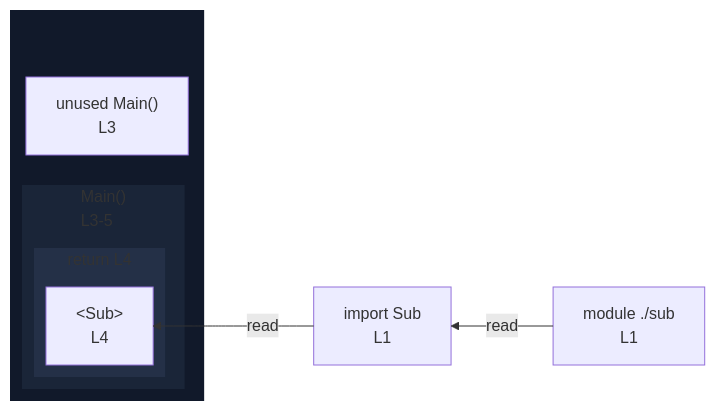
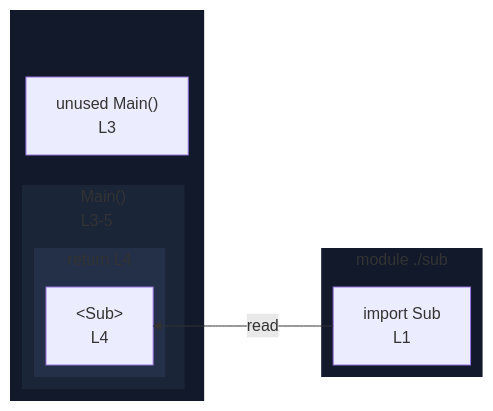
Before and after one commit to crescware/unsnarl: the diagram in integration/fixtures/jsx/component-export/preview.md, drawn with Mermaid. The commit also changed 153 other files, not shown here.

First line of the commit message:
Render import sources as module subgraphs instead of module nodes

````diff
--- a/integration/fixtures/jsx/component-export/preview.md
+++ b/integration/fixtures/jsx/component-export/preview.md
@@ -15,25 +15,27 @@
 ```mermaid
 %%{init: {"flowchart": {"defaultRenderer": "elk"}}}%%
 flowchart RL
-  n_scope_0_Sub_9["import Sub<br/>L1"]
   subgraph wrap_s_scope_1[" "]
     direction TB
     n_scope_0_Main_46["unused Main()<br/>L3"]
     subgraph s_scope_1["Main()<br/>L3-5"]
       direction RL
       subgraph s_return_scope_0_Main_46_57_79["return L4"]
         direction RL
         ret_use_ref_0["&lt;Sub&gt;<br/>L4"]
       end
     end
   end
+  subgraph sg___sub["module ./sub"]
+    direction RL
+    n_scope_0_Sub_9["import Sub<br/>L1"]
+  end
   n_scope_0_Sub_9 -->|read| ret_use_ref_0
-  mod___sub["module ./sub<br/>L1"]
-  mod___sub -->|read| n_scope_0_Sub_9
   classDef nestL1 fill:#11192a,stroke:transparent;
   class wrap_s_scope_1 nestL1;
+  class sg___sub nestL1;
   classDef nestL2 fill:#1a2538,stroke:transparent;
   class s_scope_1 nestL2;
   classDef nestL3 fill:#243047,stroke:transparent;
   class s_return_scope_0_Main_46_57_79 nestL3;
 ```
````
